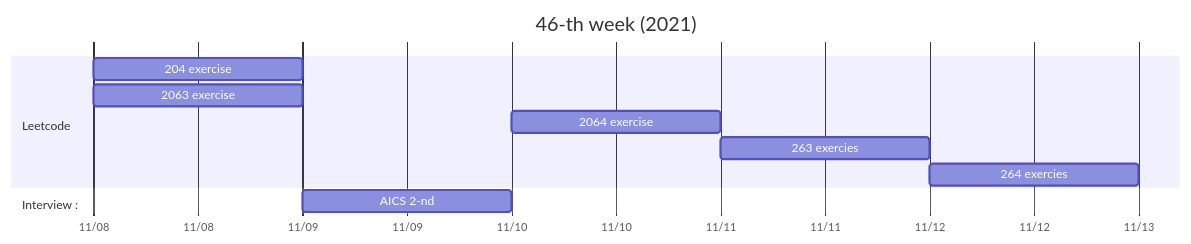
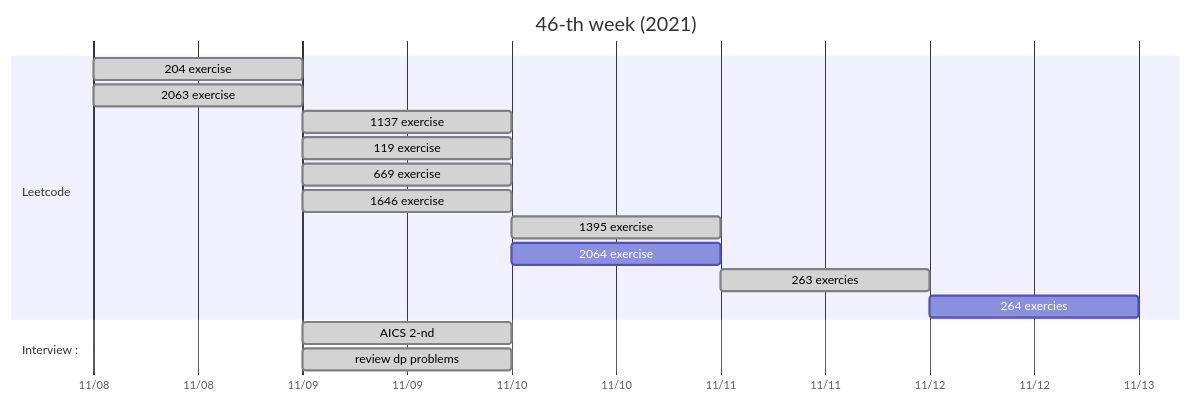
The diagram in _posts/2021-11-08-46th-weekly-progress.md (michaelmoju/allenyummy.github.io), drawn with Mermaid before and after one commit.

Commit message:
[finished] 2021-11-08-46th-weekly-progress

````diff
--- a/_posts/2021-11-08-46th-weekly-progress.md
+++ b/_posts/2021-11-08-46th-weekly-progress.md
@@ -43,17 +43,23 @@
 ```mermaid
 gantt
     title 46-th week (2021)
     dateFormat  YYYY-MM-DD
     axisFormat  %m/%d
 
     section Leetcode
-    204 exercise      :         L1, 2021-11-08, 1d
-    2063 exercise     :         L2, 2021-11-08, 1d
-    2064 exercise     :         L3, 2021-11-10, 1d
-    263 exercies      :         L4, 2021-11-11, 1d
-    264 exercies      :         L5, 2021-11-12, 1d
+    204 exercise      :  done  , L1, 2021-11-08, 1d
+    2063 exercise     :  done  , L2, 2021-11-08, 1d
+    1137 exercise     :  done  , L3, 2021-11-09, 1d
+    119 exercise      :  done  , L4, 2021-11-09, 1d
+    669 exercise      :  done  , L5, 2021-11-09, 1d   
+    1646 exercise     :  done  , L6, 2021-11-09, 1d
+    1395 exercise     :  done  , L7, 2021-11-10, 1d     
+    2064 exercise     :          L8, 2021-11-10, 1d
+    263 exercies      :  done  , L9, 2021-11-11, 1d
+    264 exercies      :          L10, 2021-11-12, 1d
 
     section Interview :
-    AICS 2-nd         :         I1, 2021-11-09, 1d
+    AICS 2-nd         :  done  , I1, 2021-11-09, 1d
+    review dp problems:  done  , I2, 2021-11-09, 1d
 
 ```
````
